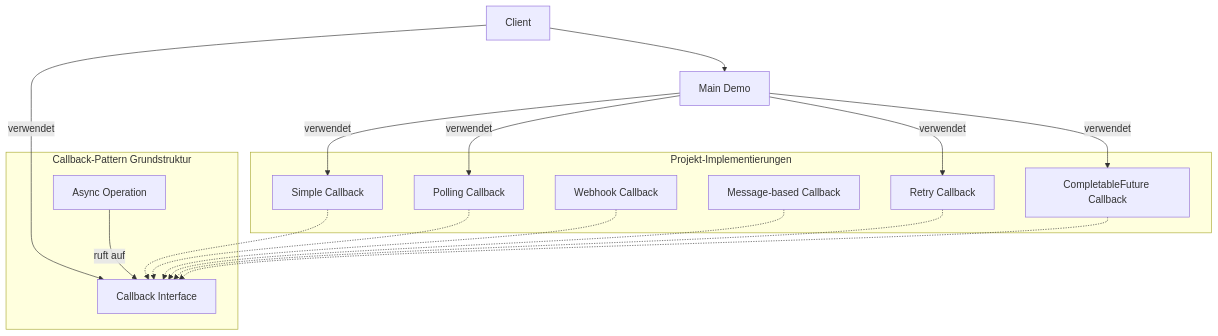
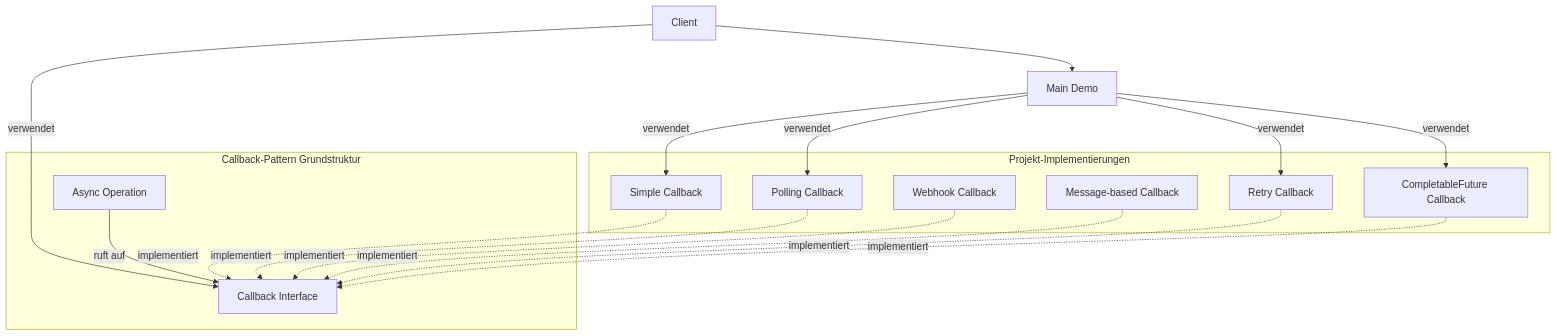
One commit to scimbe/VS_Pattern_By_KI changed the first of 15 diagrams in Callback/docs/README.md. Above: the diagram before and after it, drawn with Mermaid. The commit also changed other lines of this file, not shown here.

Commit message:
callback

````diff
--- a/Callback/docs/README.md
+++ b/Callback/docs/README.md
@@ -17,25 +17,25 @@
 ```mermaid
 graph TD
     Client[Client] --> |verwendet| Callback[Callback Interface]
-    
+
     subgraph "Callback-Pattern Grundstruktur"
         Callback
         AsyncOperation[Async Operation]
         AsyncOperation --> |ruft auf| Callback
     end
-    
+
     subgraph "Projekt-Implementierungen"
-        SimpleCallback[Simple Callback] -.-> Callback
-        PollingCallback[Polling Callback] -.-> Callback
-        WebhookCallback[Webhook Callback] -.-> Callback
-        MessageCallback[Message-based Callback] -.-> Callback
-        RetryCallback[Retry Callback] -.-> Callback
-        FutureCallback[CompletableFuture Callback] -.-> Callback
+        SimpleCallback[Simple Callback] -.-> |implementiert| Callback
+        PollingCallback[Polling Callback] -.-> |implementiert| Callback
+        WebhookCallback[Webhook Callback] -.-> |implementiert| Callback
+        MessageCallback[Message-based Callback] -.-> |implementiert| Callback
+        RetryCallback[Retry Callback] -.-> |implementiert| Callback
+        FutureCallback[CompletableFuture Callback] -.-> |implementiert| Callback
     end
-    
+
     Client --> Main[Main Demo]
     Main --> |verwendet| SimpleCallback
     Main --> |verwendet| PollingCallback
     Main --> |verwendet| RetryCallback
     Main --> |verwendet| FutureCallback
 ```
````
